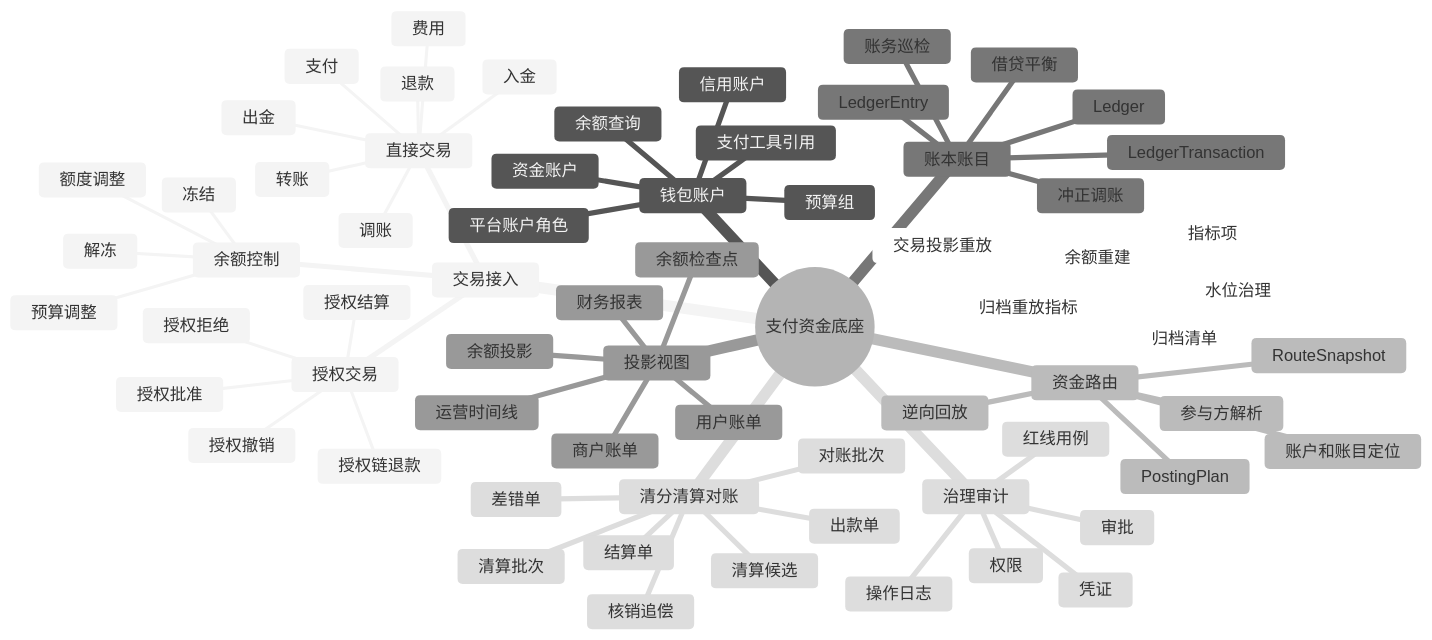
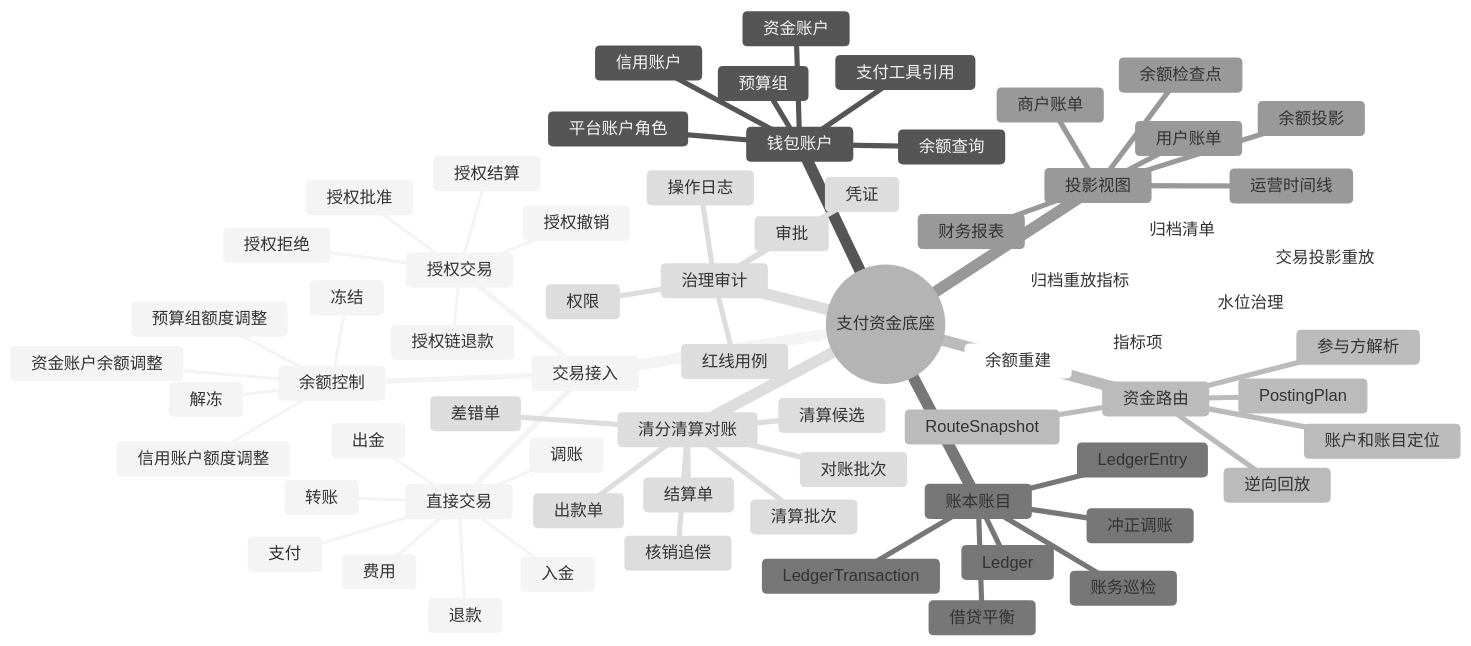
Before and after one commit to fengwuxp/wind-funds: the third of 9 diagrams in docs/产品设计/01-PRD总览.md, drawn with Mermaid (neutral theme). The commit also changed other lines of this file and 23 other files, not shown here.

````diff
--- a/docs/产品设计/01-PRD总览.md
+++ b/docs/产品设计/01-PRD总览.md
@@ -199,71 +204,72 @@
 ```mermaid
 mindmap
   root((支付资金底座))
     交易接入
       直接交易
         入金
         出金
         支付
         转账
         退款
         费用
         调账
       授权交易
         授权批准
         授权拒绝
         授权撤销
         授权结算
         授权链退款
       余额控制
         冻结
         解冻
-        额度调整
-        预算调整
+        资金账户余额调整
+        信用账户额度调整
+        预算组额度调整
     钱包账户
       资金账户
       信用账户
       预算组
       平台账户角色
       支付工具引用
       余额查询
     资金路由
       参与方解析
       账户和账目定位
       RouteSnapshot
       PostingPlan
       逆向回放
     账本账目
       Ledger
       LedgerTransaction
       LedgerEntry
       借贷平衡
       冲正调账
       账务巡检
     投影视图
       余额投影
       余额检查点
       用户账单
       商户账单
       运营时间线
       财务报表
     清分清算对账
       清算候选
       清算批次
       结算单
       出款单
       对账批次
       差错单
       核销追偿
     归档重放指标
       归档清单
       水位治理
       余额重建
       交易投影重放
       指标项
     治理审计
       权限
       审批
       凭证
       操作日志
       红线用例
 ```
````
